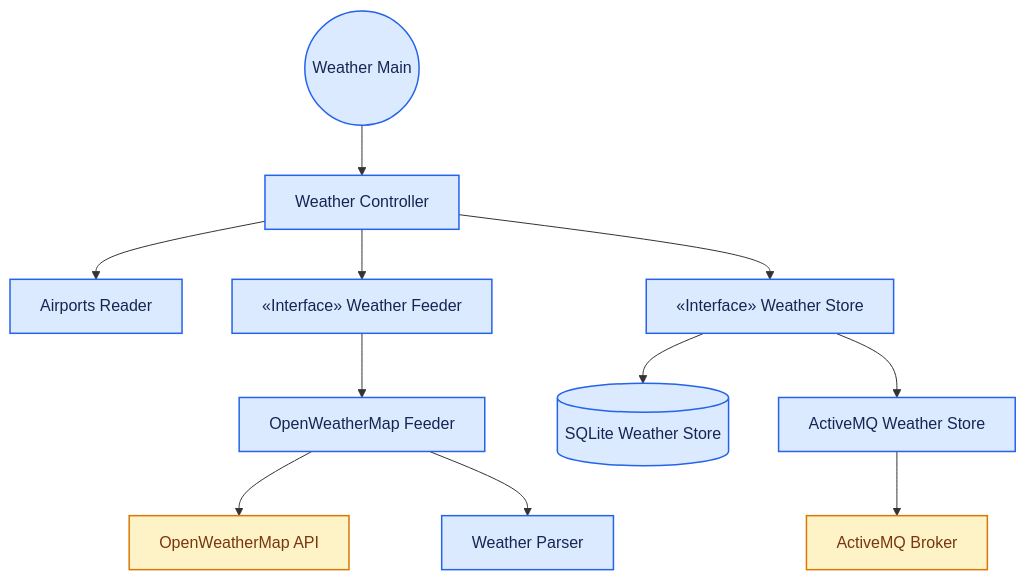
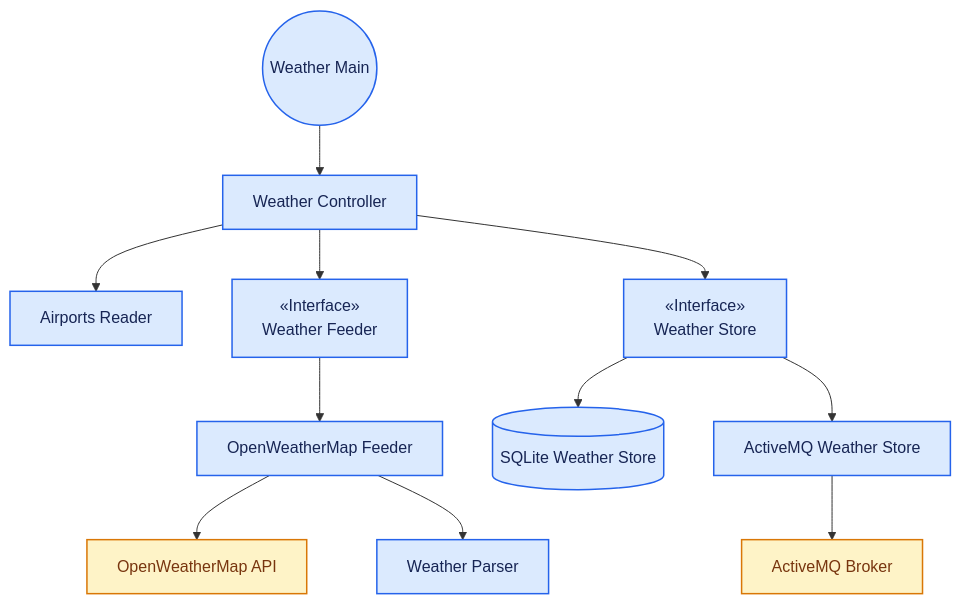
The second of 5 diagrams in README.md (NoVibesJustCode/sky-delay-forecast), drawn with Mermaid before and after one commit. The commit also changed other lines of this file, not shown here.

Commit message:
docs: update Event Store Builder diagram

````diff
--- a/README.md
+++ b/README.md
@@ -265,40 +265,42 @@
 ```mermaid
 flowchart TD
 node_weather_main(("Weather Main")):::toneBlue
 node_weather_controller["Weather Controller"]:::toneBlue
 node_airports_reader["Airports Reader"]:::toneBlue
-node_weather_feeder_interface["«Interface»      Weather Feeder"]:::toneBlue
+node_weather_feeder_interface["«Interface» 
+Weather Feeder"]:::toneBlue
 node_openweathermap_feeder["OpenWeatherMap Feeder"]:::toneBlue
 node_weather_parser["Weather Parser"]:::toneBlue
-node_weather_store_interface["«Interface» Weather Store"]:::toneBlue
+node_weather_store_interface["«Interface» 
+Weather Store"]:::toneBlue
 node_weather_sqlite[("SQLite Weather Store")]:::toneBlue
 node_weather_amq["ActiveMQ Weather Store"]:::toneBlue
 node_owm_api["OpenWeatherMap API"]:::toneAmber
 node_amq["ActiveMQ Broker"]:::toneAmber
 
 node_weather_main --> node_weather_controller
 
 %% Controller orchestrating both sides
 node_weather_controller --> node_airports_reader
 node_weather_controller --> node_weather_feeder_interface
 node_weather_controller --> node_weather_store_interface
 
 node_weather_feeder_interface --> node_openweathermap_feeder
 node_openweathermap_feeder --> node_owm_api
 node_openweathermap_feeder --> node_weather_parser
 
 node_weather_store_interface --> node_weather_sqlite
 node_weather_store_interface --> node_weather_amq
 node_weather_amq --> node_amq
 
 click node_weather_main "https://github.com/novibesjustcode/sky-delay-forecast/blob/dev/openweathermap-feeder/src/main/java/es/ulpgc/dacd/skydelay/weather/Main.java"
 click node_weather_controller "https://github.com/novibesjustcode/sky-delay-forecast/blob/dev/openweathermap-feeder/src/main/java/es/ulpgc/dacd/skydelay/weather/control/Controller.java"
 click node_airports_reader "https://github.com/novibesjustcode/sky-delay-forecast/blob/dev/openweathermap-feeder/src/main/java/es/ulpgc/dacd/skydelay/weather/control/AirportsReader.java"
 click node_openweathermap_feeder "https://github.com/novibesjustcode/sky-delay-forecast/blob/dev/openweathermap-feeder/src/main/java/es/ulpgc/dacd/skydelay/weather/control/OpenWeatherMapFeeder.java"
 click node_weather_parser "https://github.com/novibesjustcode/sky-delay-forecast/blob/dev/openweathermap-feeder/src/main/java/es/ulpgc/dacd/skydelay/weather/control/WeatherParser.java"
 click node_weather_sqlite "https://github.com/novibesjustcode/sky-delay-forecast/blob/dev/openweathermap-feeder/src/main/java/es/ulpgc/dacd/skydelay/weather/control/SqliteWeatherStore.java"
 click node_weather_amq "https://github.com/novibesjustcode/sky-delay-forecast/blob/dev/openweathermap-feeder/src/main/java/es/ulpgc/dacd/skydelay/weather/control/ActiveMQWeatherStore.java"
 
 classDef toneBlue fill:#dbeafe,stroke:#2563eb,stroke-width:1.5px,color:#172554
 classDef toneAmber fill:#fef3c7,stroke:#d97706,stroke-width:1.5px,color:#78350f
 ```
````
